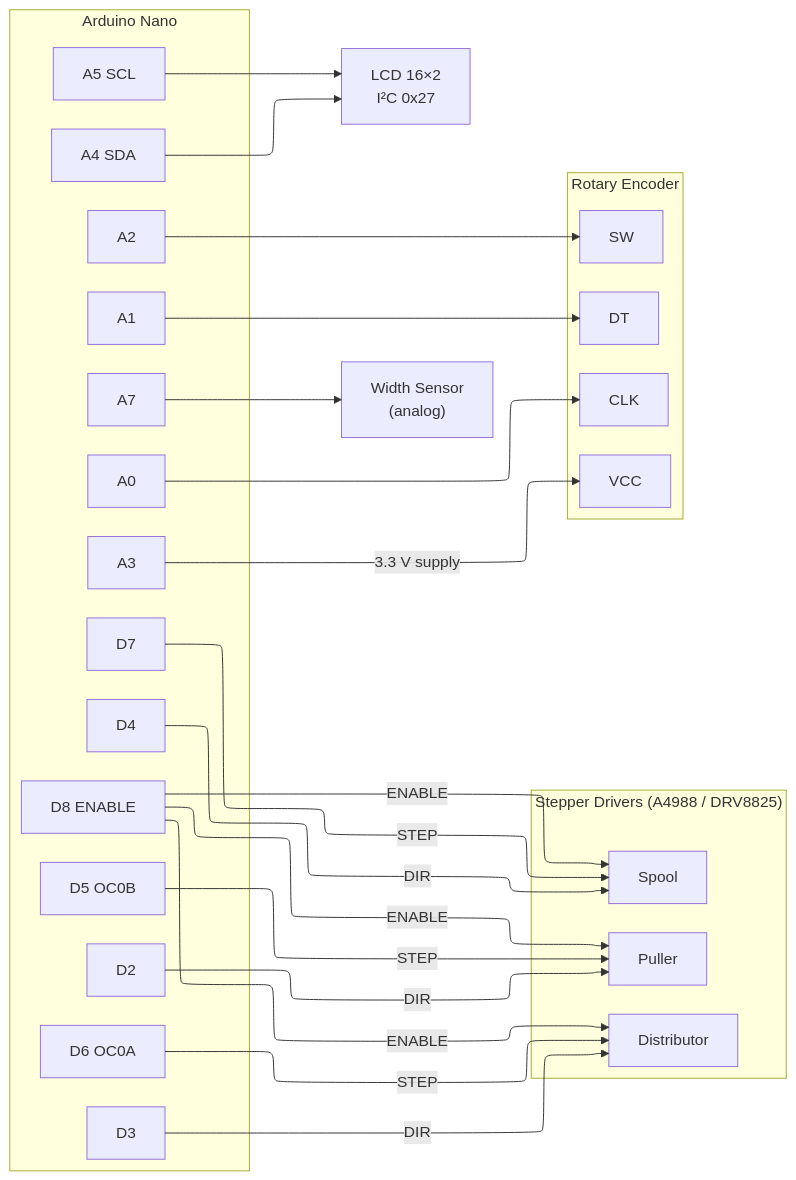
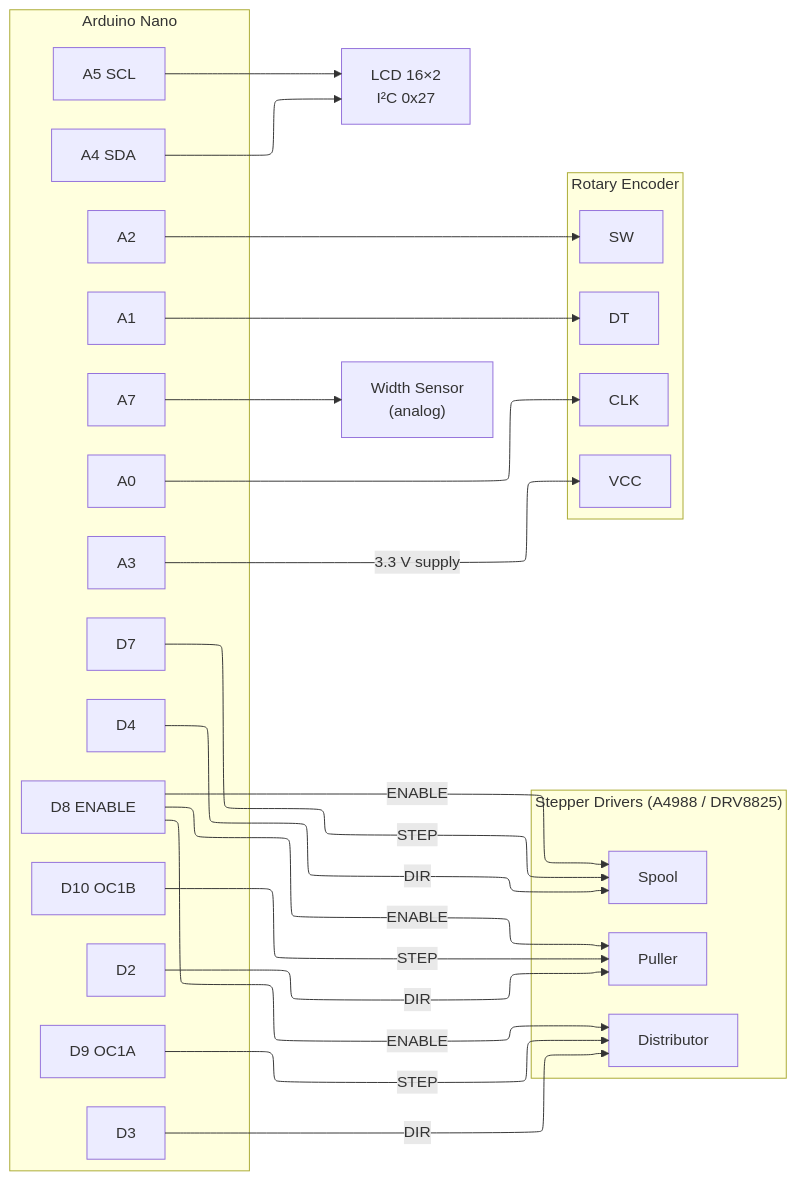
One commit to Danzibob/filament-extruder changed the first of 2 diagrams in docs/diagrams/hardware.md. Above: the diagram before and after it, drawn with Mermaid. The commit also changed other lines of this file and 12 other files, not shown here.

````diff
--- a/docs/diagrams/hardware.md
+++ b/docs/diagrams/hardware.md
@@ -24,45 +24,46 @@
 ```mermaid
 %%{init: {'layout': 'elk'}}%%
 graph LR
     subgraph nano["Arduino Nano"]
         direction TB
         d2["D2"] & d3["D3"] & d4["D4"]
-        d5["D5 OC0B"] & d6["D6 OC0A"] & d7["D7"]
+        d7["D7"]
+        d9["D9 OC1A"] & d10["D10 OC1B"]
         d8["D8 ENABLE"]
         a0["A0"] & a1["A1"] & a2["A2"] & a3["A3"]
         a4["A4 SDA"] & a5["A5 SCL"]
         a7["A7"]
     end
 
     subgraph drivers["Stepper Drivers (A4988 / DRV8825)"]
         puller["Puller"]
         distrib["Distributor"]
         spool["Spool"]
     end
 
     subgraph enc["Rotary Encoder"]
         eDT["DT"]
         eCLK["CLK"]
         eSW["SW"]
         eVCC["VCC"]
     end
 
     d2 -->|DIR| puller
-    d5 -->|STEP| puller
+    d10 -->|STEP| puller
     d3 -->|DIR| distrib
-    d6 -->|STEP| distrib
+    d9 -->|STEP| distrib
     d4 -->|DIR| spool
     d7 -->|STEP| spool
     d8 -->|ENABLE| puller
     d8 -->|ENABLE| distrib
     d8 -->|ENABLE| spool
 
     a1 --> eDT
     a0 --> eCLK
     a2 --> eSW
     a3 -->|3.3 V supply| eVCC
 
     a4 --> lcd["LCD 16×2<br>I²C 0x27"]
     a5 --> lcd
     a7 --> sensor["Width Sensor<br>(analog)"]
 ```
````
